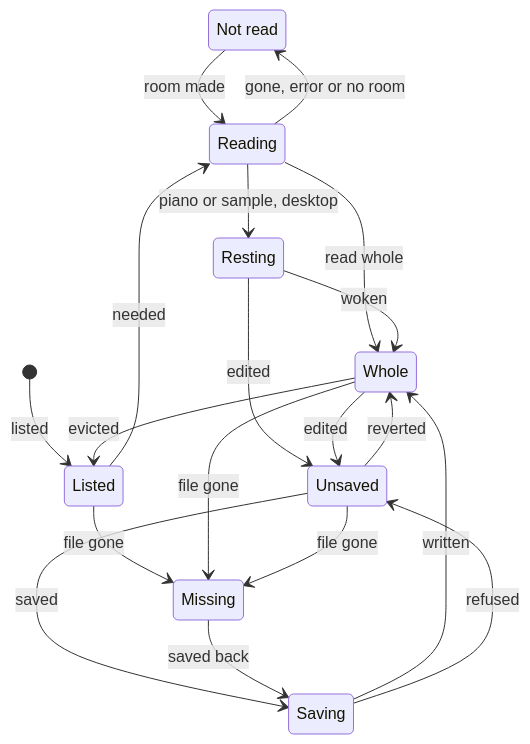
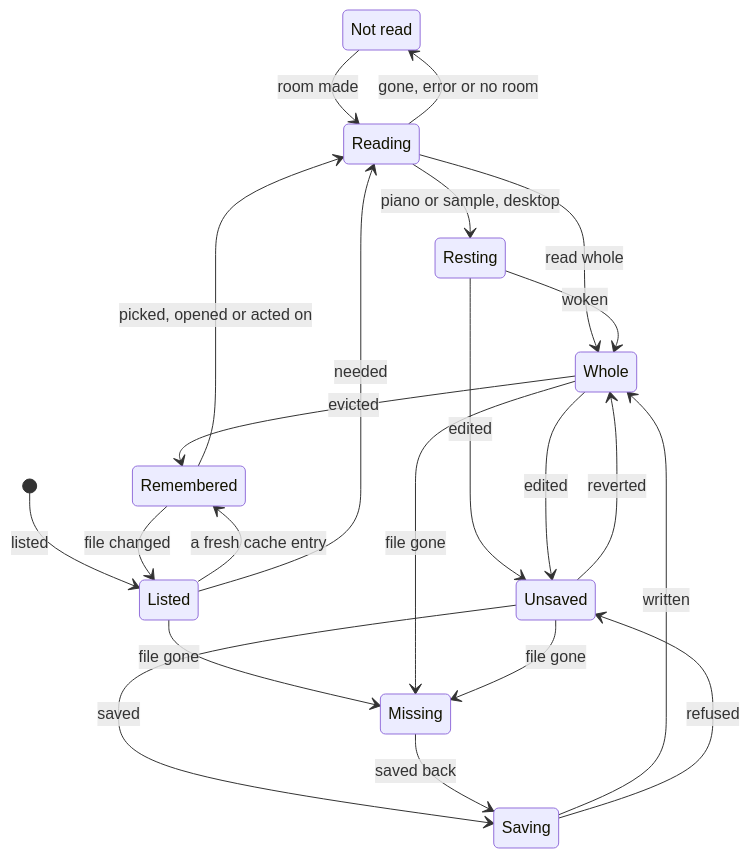
The second of 6 diagrams in docs/src/reference/data-model.md (jmoo/drawbar), drawn with Mermaid before and after one commit. The commit also changed other lines of this file, not shown here.

Commit message:
docs: describe the derived cache in the data model

````diff
--- a/docs/src/reference/data-model.md
+++ b/docs/src/reference/data-model.md
@@ -176,22 +178,25 @@
 ```mermaid
 stateDiagram-v2
     state "Not read" as NotRead
     [*] --> Listed: listed
+    Listed --> Remembered: a fresh cache entry
     Listed --> Reading: needed
+    Remembered --> Reading: picked, opened or acted on
+    Remembered --> Listed: file changed
     Reading --> Whole: read whole
     Reading --> Resting: piano or sample, desktop
     Reading --> NotRead: gone, error or no room
     NotRead --> Reading: room made
     Resting --> Whole: woken
     Resting --> Unsaved: edited
     Whole --> Unsaved: edited
-    Whole --> Listed: evicted
+    Whole --> Remembered: evicted
     Unsaved --> Whole: reverted
     Unsaved --> Saving: saved
     Saving --> Whole: written
     Saving --> Unsaved: refused
     Listed --> Missing: file gone
     Whole --> Missing: file gone
     Unsaved --> Missing: file gone
     Missing --> Saving: saved back
 ```
````
